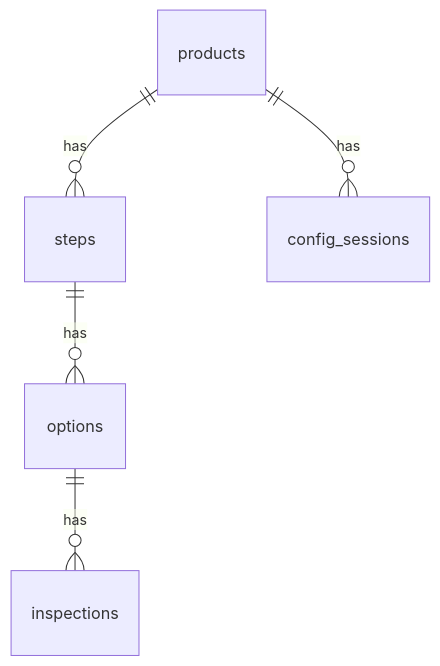
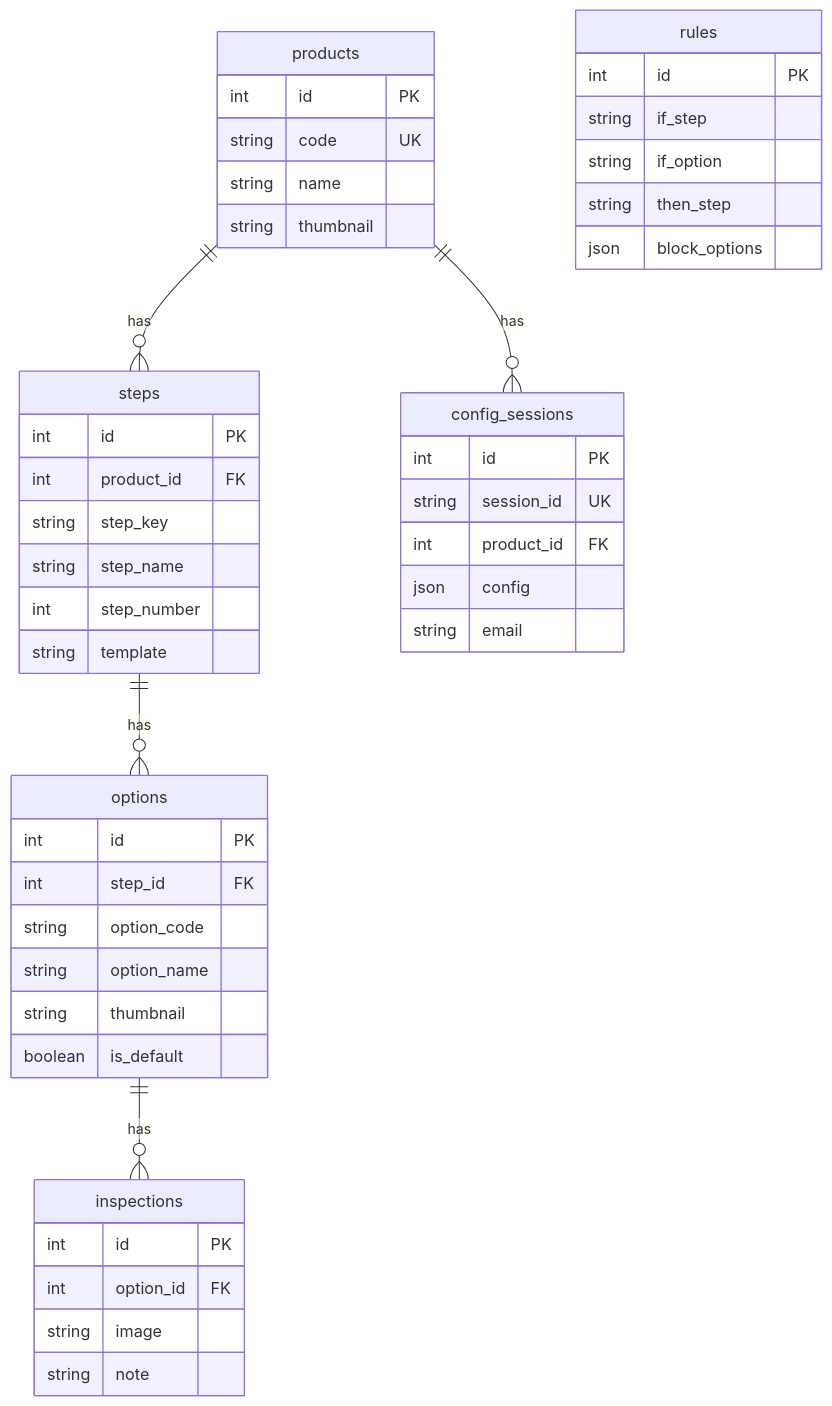
The second of 2 diagrams in README.md (Jedsadha1777/door-config), drawn with Mermaid before and after one commit. The commit also changed other lines of this file, not shown here.

````diff
--- a/README.md
+++ b/README.md
@@ -164,7 +36,55 @@
 ```mermaid
 erDiagram
     products ||--o{ steps : "has"
     steps ||--o{ options : "has"
     options ||--o{ inspections : "has"
     products ||--o{ config_sessions : "has"
+    
+    products {
+        int id PK
+        string code UK
+        string name
+        string thumbnail
+    }
+    
+    steps {
+        int id PK
+        int product_id FK
+        string step_key
+        string step_name
+        int step_number
+        string template
+    }
+    
+    options {
+        int id PK
+        int step_id FK
+        string option_code
+        string option_name
+        string thumbnail
+        boolean is_default
+    }
+    
+    inspections {
+        int id PK
+        int option_id FK
+        string image
+        string note
+    }
+    
+    rules {
+        int id PK
+        string if_step
+        string if_option
+        string then_step
+        json block_options
+    }
+    
+    config_sessions {
+        int id PK
+        string session_id UK
+        int product_id FK
+        json config
+        string email
+    }
 ```
````
